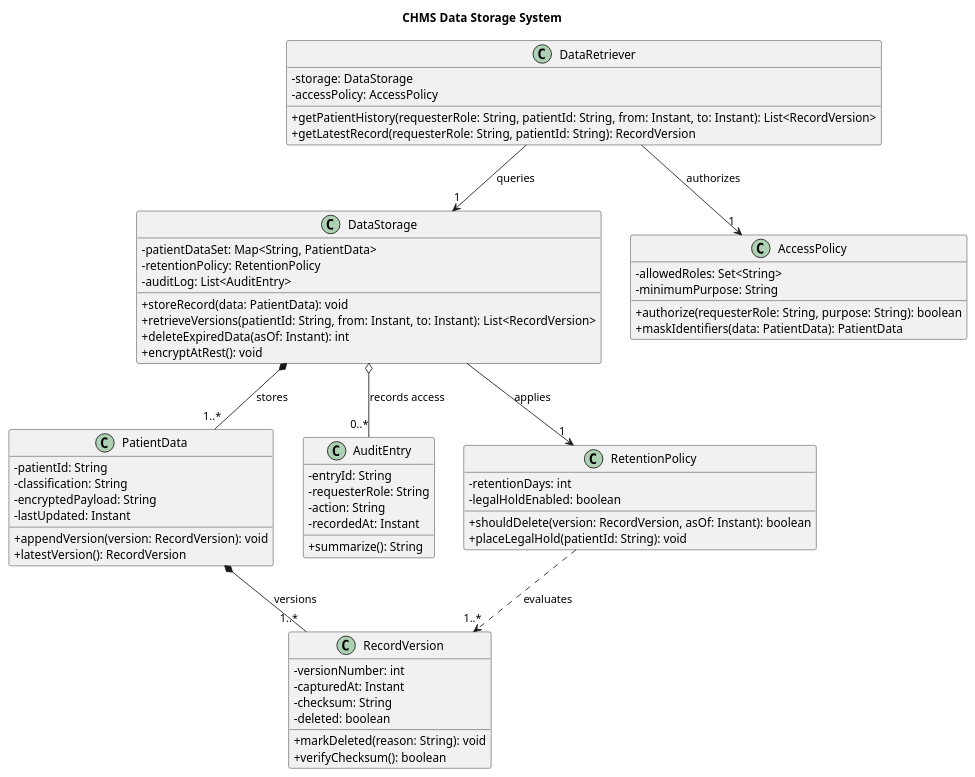
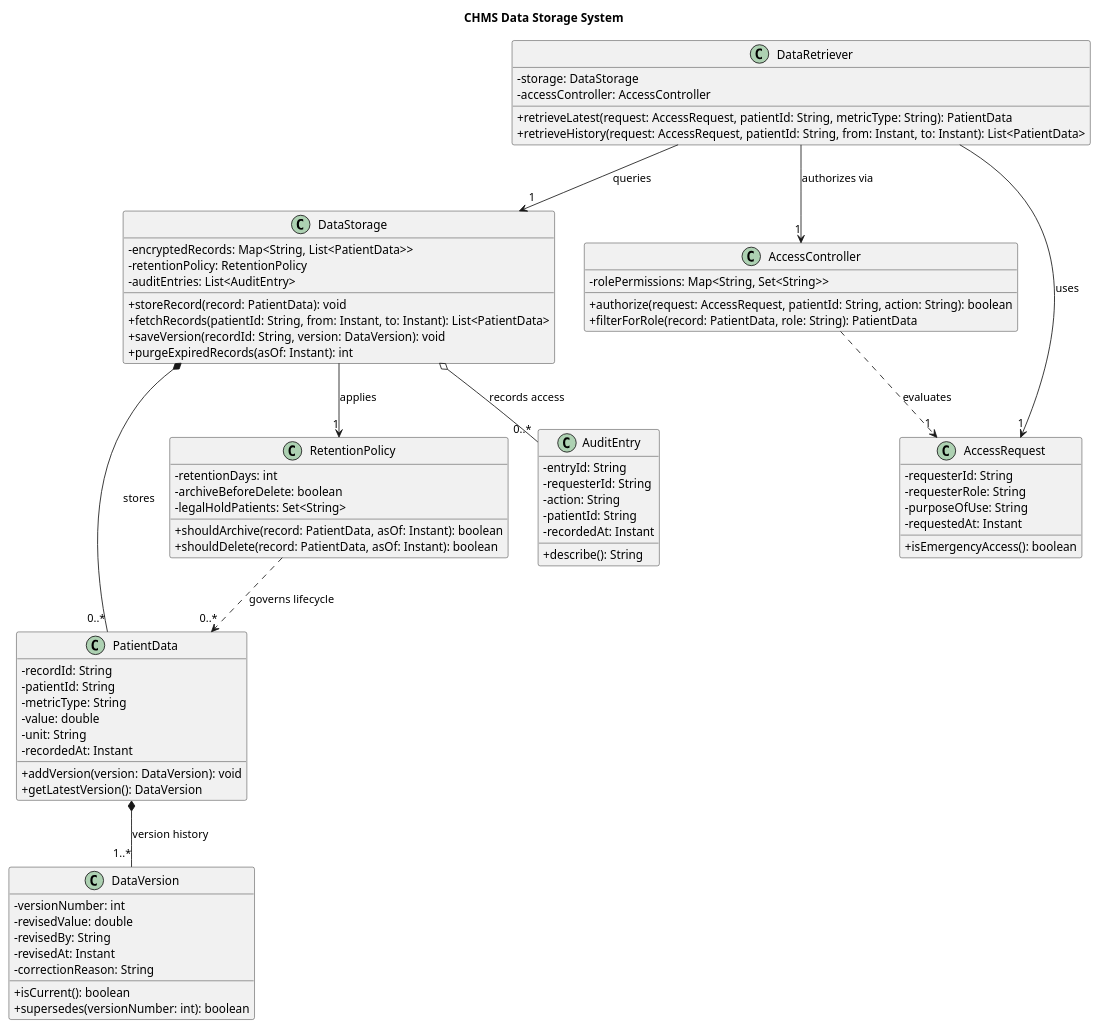
One commit to Matteo-RSV/Signal-Project-SE changed the diagram in uml_models/data_storage_system.puml. Above: the diagram before and after it, drawn with PlantUML. The commit also changed 1 other file, not shown here.

Commit message:
Add task 2 Data Storage System UML and documentation

```diff
--- a/uml_models/data_storage_system.puml
+++ b/uml_models/data_storage_system.puml
@@ -1,70 +1,84 @@
 @startuml
 skinparam classAttributeIconSize 0
 title CHMS Data Storage System
 
 class DataStorage {
-  - patientDataSet: Map<String, PatientData>
+  - encryptedRecords: Map<String, List<PatientData>>
   - retentionPolicy: RetentionPolicy
-  - auditLog: List<AuditEntry>
-  + storeRecord(data: PatientData): void
-  + retrieveVersions(patientId: String, from: Instant, to: Instant): List<RecordVersion>
-  + deleteExpiredData(asOf: Instant): int
-  + encryptAtRest(): void
+  - auditEntries: List<AuditEntry>
+  + storeRecord(record: PatientData): void
+  + fetchRecords(patientId: String, from: Instant, to: Instant): List<PatientData>
+  + saveVersion(recordId: String, version: DataVersion): void
+  + purgeExpiredRecords(asOf: Instant): int
 }
 
 class PatientData {
+  - recordId: String
   - patientId: String
-  - classification: String
-  - encryptedPayload: String
-  - lastUpdated: Instant
-  + appendVersion(version: RecordVersion): void
-  + latestVersion(): RecordVersion
+  - metricType: String
+  - value: double
+  - unit: String
+  - recordedAt: Instant
+  + addVersion(version: DataVersion): void
+  + getLatestVersion(): DataVersion
 }
 
-class RecordVersion {
+class DataVersion {
   - versionNumber: int
-  - capturedAt: Instant
-  - checksum: String
-  - deleted: boolean
-  + markDeleted(reason: String): void
-  + verifyChecksum(): boolean
+  - revisedValue: double
+  - revisedBy: String
+  - revisedAt: Instant
+  - correctionReason: String
+  + isCurrent(): boolean
+  + supersedes(versionNumber: int): boolean
 }
 
 class DataRetriever {
   - storage: DataStorage
-  - accessPolicy: AccessPolicy
-  + getPatientHistory(requesterRole: String, patientId: String, from: Instant, to: Instant): List<RecordVersion>
-  + getLatestRecord(requesterRole: String, patientId: String): RecordVersion
+  - accessController: AccessController
+  + retrieveLatest(request: AccessRequest, patientId: String, metricType: String): PatientData
+  + retrieveHistory(request: AccessRequest, patientId: String, from: Instant, to: Instant): List<PatientData>
 }
 
-class AccessPolicy {
-  - allowedRoles: Set<String>
-  - minimumPurpose: String
-  + authorize(requesterRole: String, purpose: String): boolean
-  + maskIdentifiers(data: PatientData): PatientData
+class AccessController {
+  - rolePermissions: Map<String, Set<String>>
+  + authorize(request: AccessRequest, patientId: String, action: String): boolean
+  + filterForRole(record: PatientData, role: String): PatientData
+}
+
+class AccessRequest {
+  - requesterId: String
+  - requesterRole: String
+  - purposeOfUse: String
+  - requestedAt: Instant
+  + isEmergencyAccess(): boolean
+}
+
+class RetentionPolicy {
+  - retentionDays: int
+  - archiveBeforeDelete: boolean
+  - legalHoldPatients: Set<String>
+  + shouldArchive(record: PatientData, asOf: Instant): boolean
+  + shouldDelete(record: PatientData, asOf: Instant): boolean
 }
 
 class AuditEntry {
   - entryId: String
-  - requesterRole: String
+  - requesterId: String
   - action: String
+  - patientId: String
   - recordedAt: Instant
-  + summarize(): String
+  + describe(): String
 }
 
-class RetentionPolicy {
-  - retentionDays: int
-  - legalHoldEnabled: boolean
-  + shouldDelete(version: RecordVersion, asOf: Instant): boolean
-  + placeLegalHold(patientId: String): void
-}
-
-DataStorage *-- "1..*" PatientData : stores
-PatientData *-- "1..*" RecordVersion : versions
+DataStorage *-- "0..*" PatientData : stores
+PatientData *-- "1..*" DataVersion : version history
 DataRetriever --> "1" DataStorage : queries
-DataRetriever --> "1" AccessPolicy : authorizes
+DataRetriever --> "1" AccessController : authorizes via
+DataRetriever --> "1" AccessRequest : uses
+DataStorage --> "1" RetentionPolicy : applies
 DataStorage o-- "0..*" AuditEntry : records access
-DataStorage --> "1" RetentionPolicy : applies
-RetentionPolicy ..> "1..*" RecordVersion : evaluates
+AccessController ..> "1" AccessRequest : evaluates
+RetentionPolicy ..> "0..*" PatientData : governs lifecycle
 
 @enduml
```
